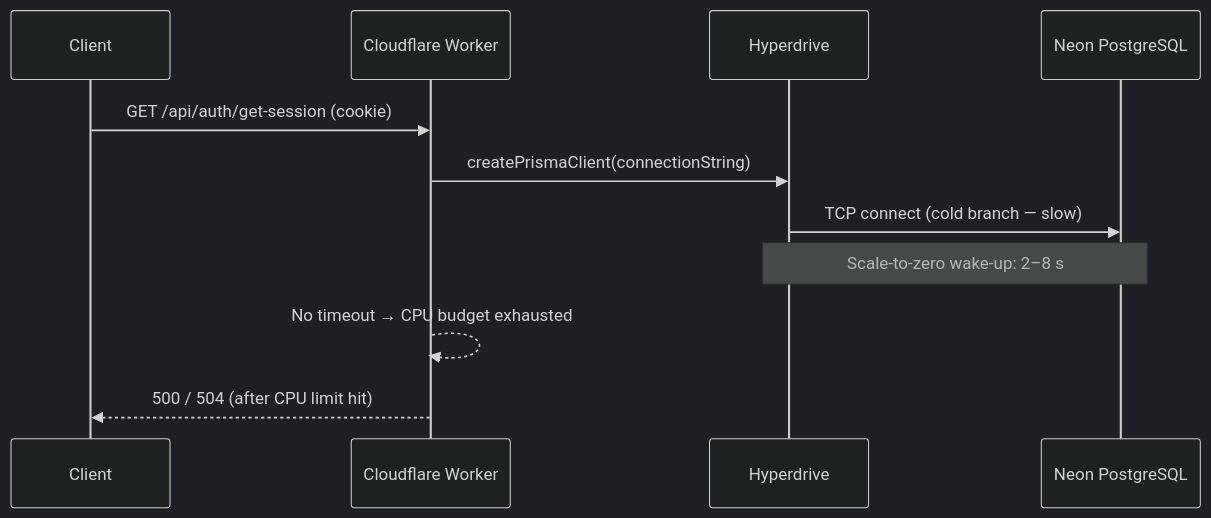
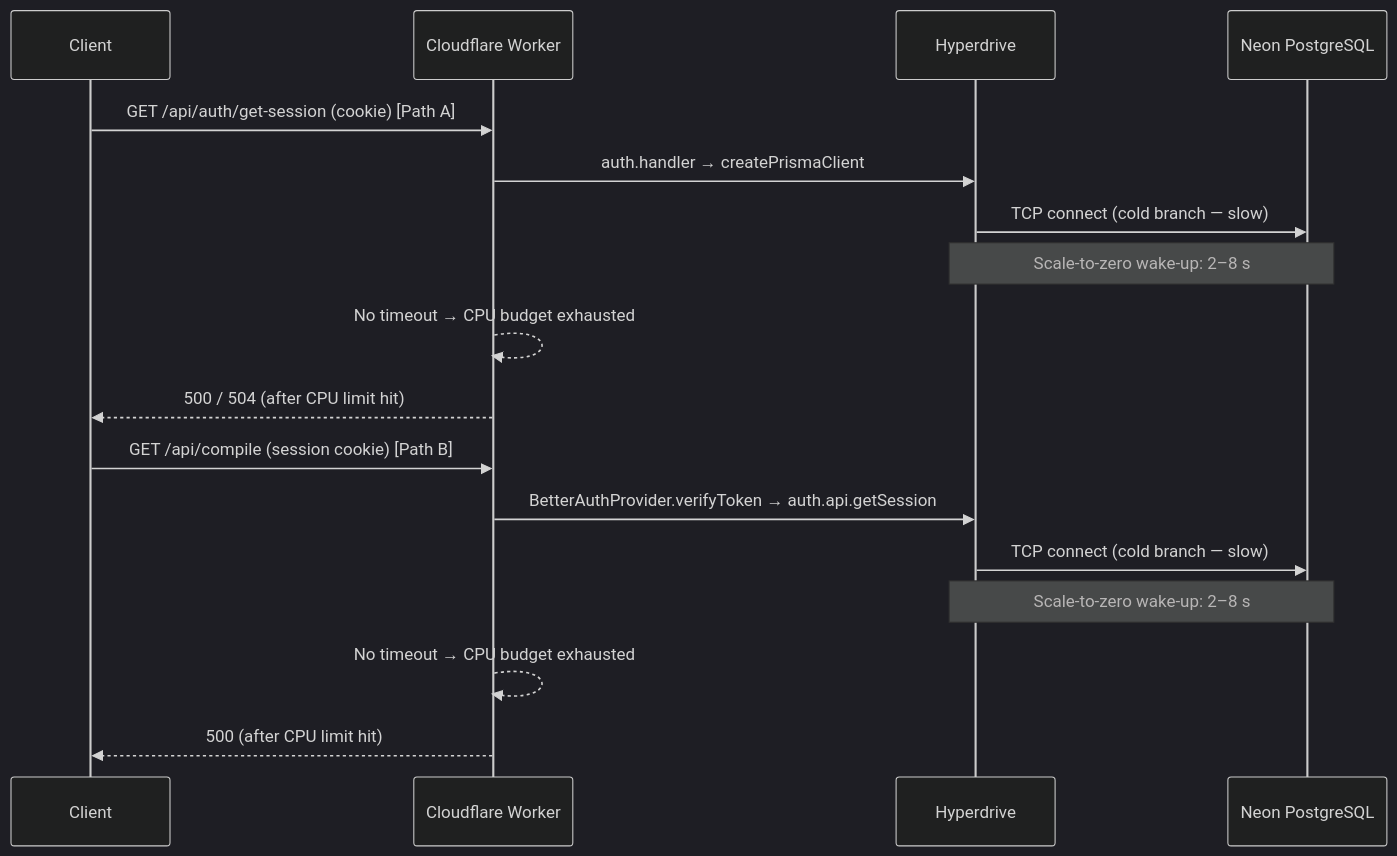
One commit to jaypatrick/adblock-compiler changed the diagram in docs/troubleshooting/KB-005-better-auth-cloudflare-ip-timeout.md. Above: the diagram before and after it, drawn with Mermaid (dark theme). The commit also changed other lines of this file, not shown here.

First line of the commit message:
docs: KB-005 address PR review feedback — two timeout paths, diagnostic fix, analytics query

````diff
--- a/docs/troubleshooting/KB-005-better-auth-cloudflare-ip-timeout.md
+++ b/docs/troubleshooting/KB-005-better-auth-cloudflare-ip-timeout.md
@@ -57,14 +85,21 @@
 ```mermaid
 sequenceDiagram
     participant C as Client
     participant W as Cloudflare Worker
     participant H as Hyperdrive
     participant N as Neon PostgreSQL
 
-    C->>W: GET /api/auth/get-session (cookie)
-    W->>H: createPrismaClient(connectionString)
+    C->>W: GET /api/auth/get-session (cookie) [Path A]
+    W->>H: auth.handler → createPrismaClient
     H->>N: TCP connect (cold branch — slow)
     Note over H,N: Scale-to-zero wake-up: 2–8 s
     W-->>W: No timeout → CPU budget exhausted
     W-->>C: 500 / 504 (after CPU limit hit)
+
+    C->>W: GET /api/compile (session cookie) [Path B]
+    W->>H: BetterAuthProvider.verifyToken → auth.api.getSession
+    H->>N: TCP connect (cold branch — slow)
+    Note over H,N: Scale-to-zero wake-up: 2–8 s
+    W-->>W: No timeout → CPU budget exhausted
+    W-->>C: 500 (after CPU limit hit)
 ```
````
